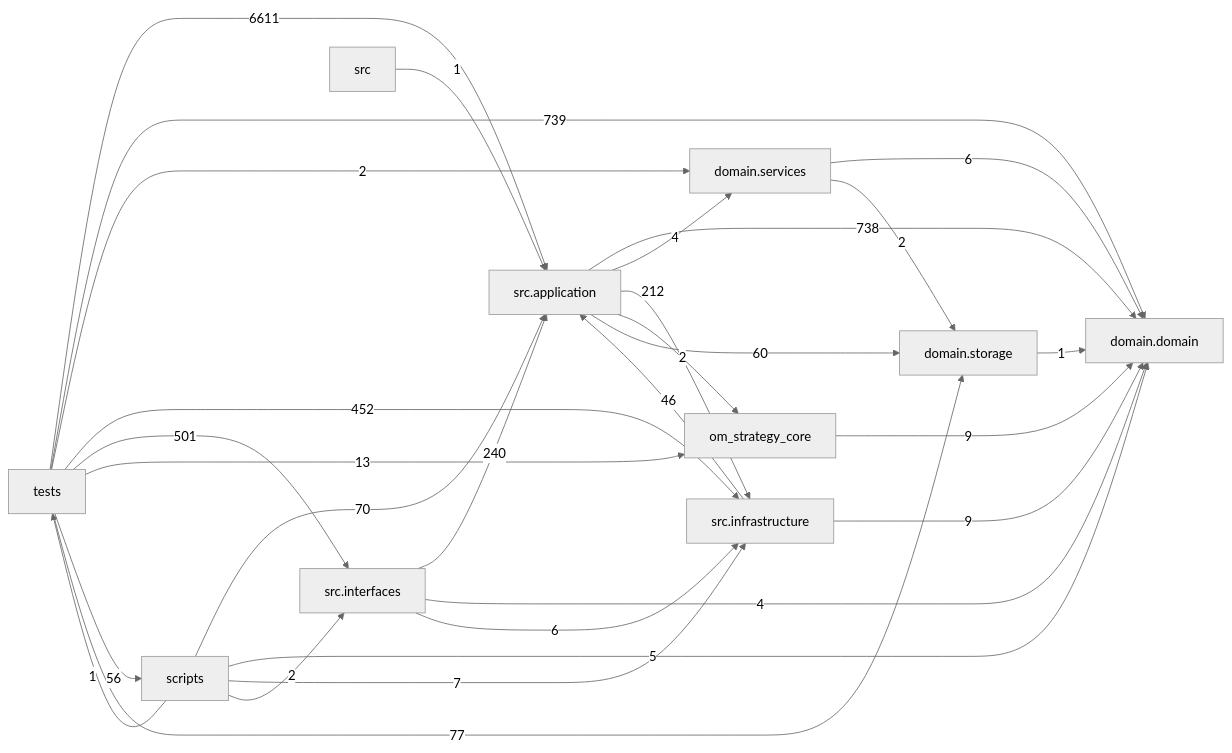
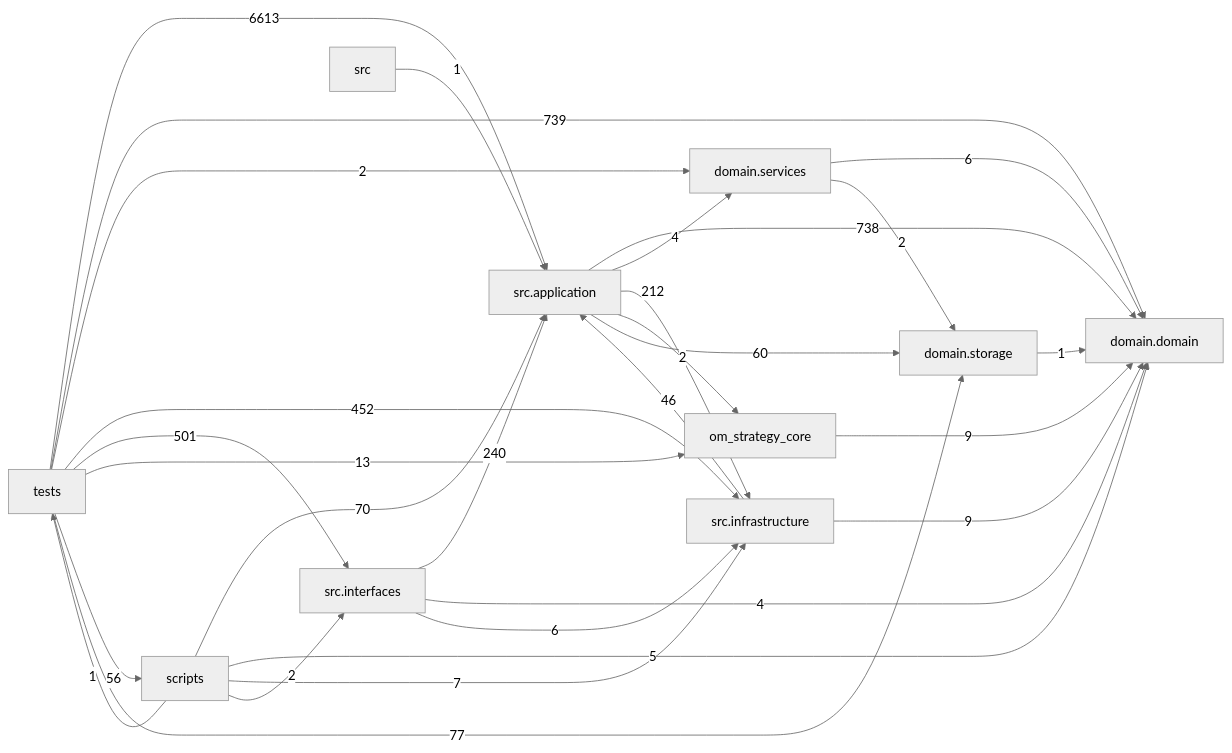
The diagram in docs/DEPENDENCY_GRAPH.md (liuxie066/options-monitor), drawn with Mermaid (neutral theme) before and after one commit. The commit also changed other lines of this file and 12 other files, not shown here.

````diff
--- a/docs/DEPENDENCY_GRAPH.md
+++ b/docs/DEPENDENCY_GRAPH.md
@@ -24,39 +24,39 @@
 ```mermaid
 flowchart LR
   tests["tests"]
   scripts["scripts"]
   interfaces["src.interfaces"]
   application["src.application"]
   infrastructure["src.infrastructure"]
   domain_services["domain.services"]
   domain["domain.domain"]
   storage["domain.storage"]
   application -->|738| domain
   application -->|4| domain_services
   application -->|212| infrastructure
   application -->|2| om_strategy_core
   application -->|60| storage
   domain_services -->|6| domain
   domain_services -->|2| storage
   infrastructure -->|46| application
   infrastructure -->|9| domain
   interfaces -->|240| application
   interfaces -->|4| domain
   interfaces -->|6| infrastructure
   om_strategy_core -->|9| domain
   scripts -->|70| application
   scripts -->|5| domain
   scripts -->|7| infrastructure
   scripts -->|2| interfaces
   scripts -->|1| tests
   src -->|1| application
   storage -->|1| domain
-  tests -->|6611| application
+  tests -->|6613| application
   tests -->|739| domain
   tests -->|2| domain_services
   tests -->|452| infrastructure
   tests -->|501| interfaces
   tests -->|13| om_strategy_core
   tests -->|56| scripts
   tests -->|77| storage
 ```
````
